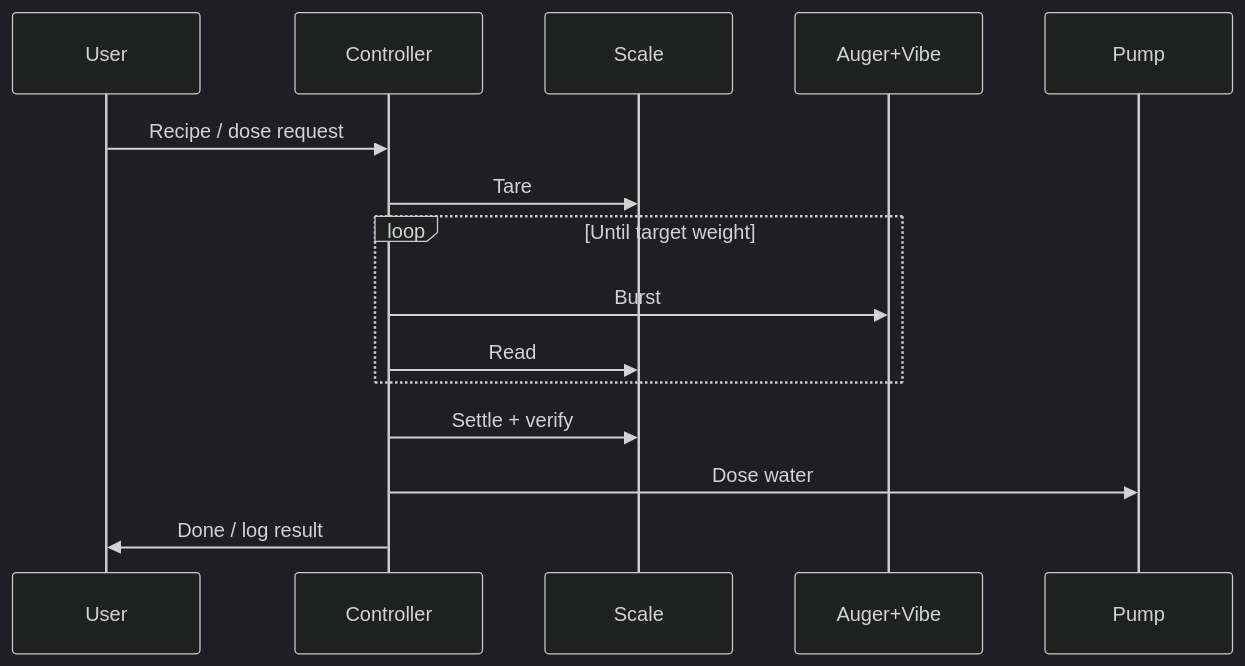
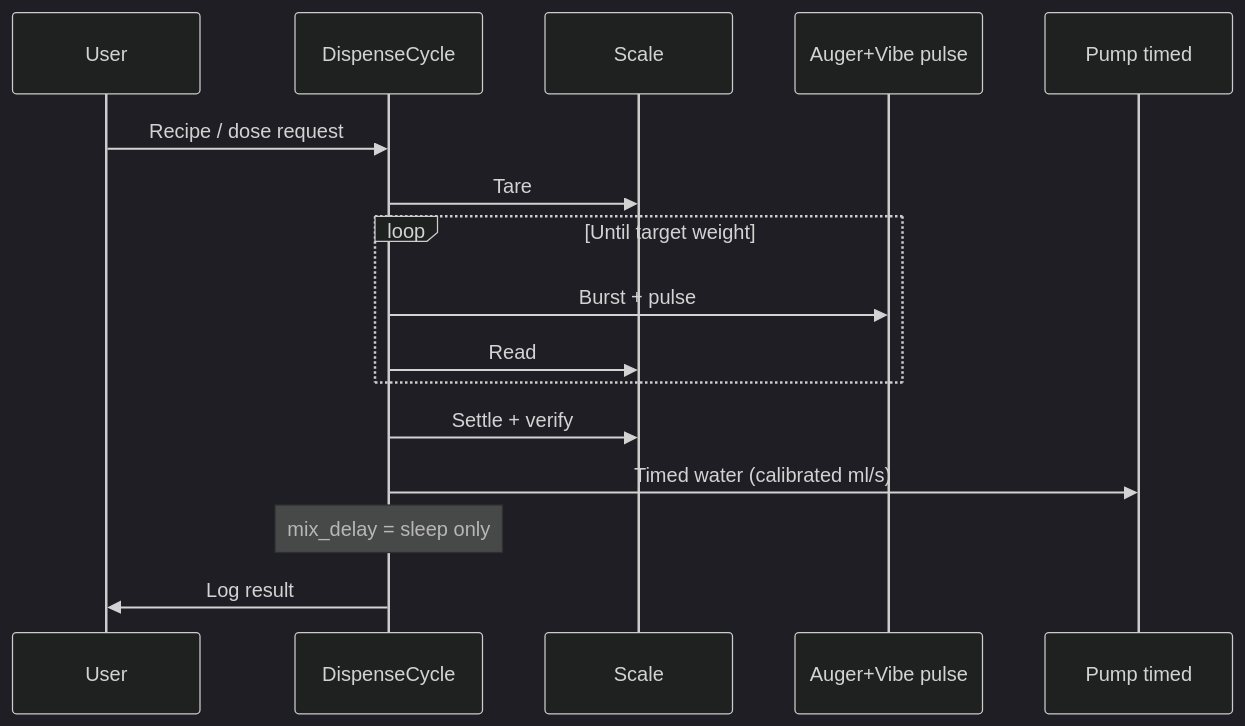
One commit to mlwhite0907/DIY-Supplement-Dispenser changed the second of 2 diagrams in README.md. Above: the diagram before and after it, drawn with Mermaid (dark theme). The commit also changed other lines of this file and 54 other files, not shown here.

````diff
--- a/README.md
+++ b/README.md
@@ -182,17 +188,18 @@
 ```mermaid
 sequenceDiagram
   participant U as User
-  participant C as Controller
+  participant C as DispenseCycle
   participant S as Scale
-  participant A as Auger+Vibe
-  participant P as Pump
+  participant A as Auger+Vibe pulse
+  participant P as Pump timed
   U->>C: Recipe / dose request
   C->>S: Tare
   loop Until target weight
-    C->>A: Burst
+    C->>A: Burst + pulse
     C->>S: Read
   end
   C->>S: Settle + verify
-  C->>P: Dose water
-  C->>U: Done / log result
+  C->>P: Timed water (calibrated ml/s)
+  Note over C: mix_delay = sleep only
+  C->>U: Log result
 ```
````
